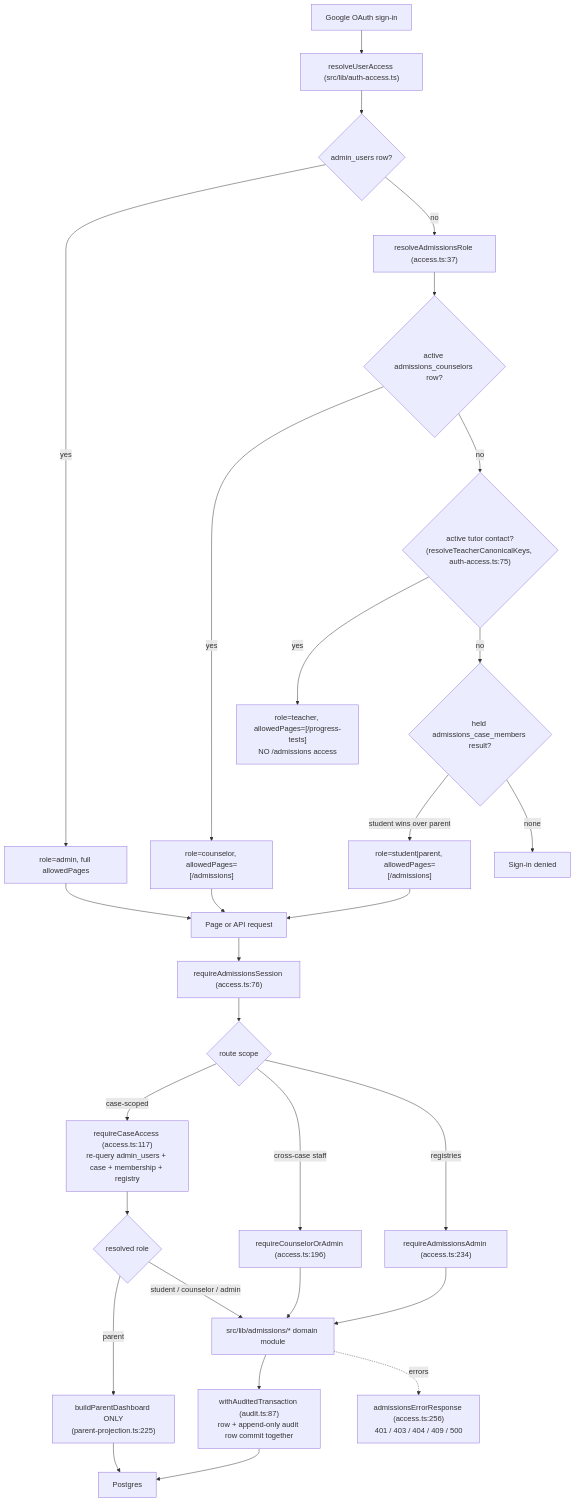
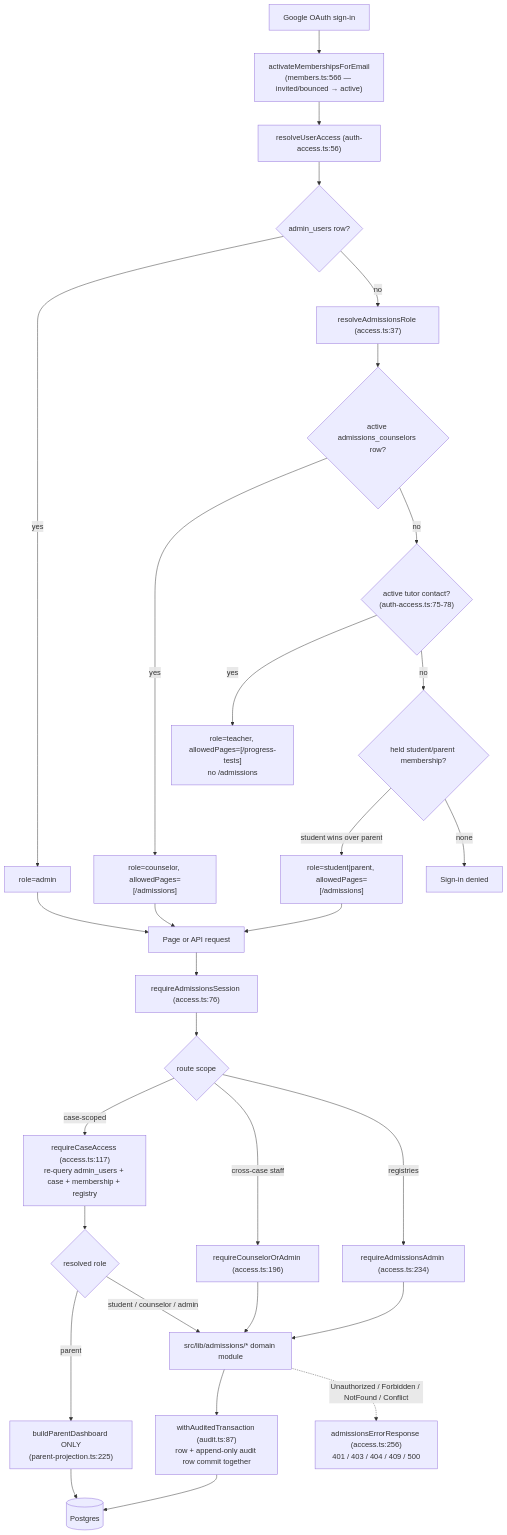
The diagram in docs/features/university-admissions.md (kasheesh711/bgscheduler), drawn with Mermaid before and after one commit. The commit also changed other lines of this file and 95 other files, not shown here.

````diff
--- a/docs/features/university-admissions.md
+++ b/docs/features/university-admissions.md
@@ -74,30 +70,31 @@
 ```mermaid
 flowchart TD
-  A[Google OAuth sign-in] --> B["resolveUserAccess (src/lib/auth-access.ts)"]
+  A[Google OAuth sign-in] --> A1["activateMembershipsForEmail<br/>(members.ts:566 — invited/bounced → active)"]
+  A1 --> B["resolveUserAccess (auth-access.ts:56)"]
   B --> C{"admin_users row?"}
-  C -- yes --> D["role=admin, full allowedPages"]
+  C -- yes --> D["role=admin"]
   C -- no --> E["resolveAdmissionsRole (access.ts:37)"]
   E --> F{"active admissions_counselors row?"}
   F -- yes --> G["role=counselor, allowedPages=[/admissions]"]
-  F -- no --> W{"active tutor contact?<br/>(resolveTeacherCanonicalKeys, auth-access.ts:75)"}
-  W -- yes --> X["role=teacher, allowedPages=[/progress-tests]<br/>NO /admissions access"]
-  W -- no --> H{"held admissions_case_members result?"}
+  F -- no --> W{"active tutor contact?<br/>(auth-access.ts:75-78)"}
+  W -- yes --> X["role=teacher, allowedPages=[/progress-tests]<br/>no /admissions"]
+  W -- no --> H{"held student/parent membership?"}
   H -- "student wins over parent" --> I["role=student|parent, allowedPages=[/admissions]"]
   H -- none --> J[Sign-in denied]
 
   D & G & I --> K["Page or API request"]
   K --> L["requireAdmissionsSession (access.ts:76)"]
   L --> M{"route scope"}
   M -- "case-scoped" --> N["requireCaseAccess (access.ts:117)<br/>re-query admin_users + case + membership + registry"]
   M -- "cross-case staff" --> O["requireCounselorOrAdmin (access.ts:196)"]
   M -- "registries" --> P["requireAdmissionsAdmin (access.ts:234)"]
   N --> Q{"resolved role"}
   Q -- parent --> R["buildParentDashboard ONLY<br/>(parent-projection.ts:225)"]
   Q -- "student / counselor / admin" --> S["src/lib/admissions/* domain module"]
   O --> S
   P --> S
   S --> T["withAuditedTransaction (audit.ts:87)<br/>row + append-only audit row commit together"]
-  T --> U["Postgres"]
+  T --> U[(Postgres)]
   R --> U
-  S -. "errors" .-> V["admissionsErrorResponse (access.ts:256)<br/>401 / 403 / 404 / 409 / 500"]
+  S -. "Unauthorized / Forbidden / NotFound / Conflict" .-> V["admissionsErrorResponse (access.ts:256)<br/>401 / 403 / 404 / 409 / 500"]
 ```
````
